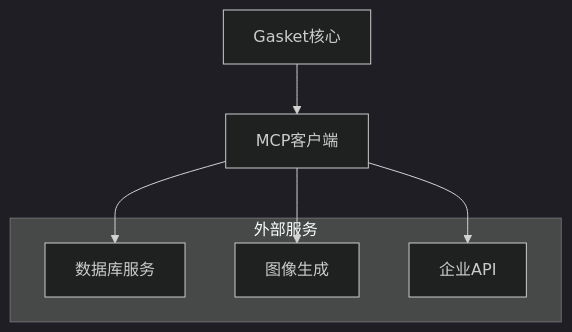
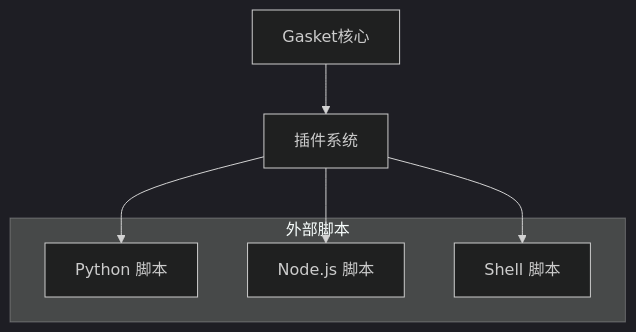
One commit to yeheng/nanobot-rs changed diagram 16 of 20 in docs/architecture.md. Above: the diagram before and after it, drawn with Mermaid (dark theme). The commit also changed other lines of this file and 20 other files, not shown here.

````diff
--- a/docs/architecture.md
+++ b/docs/architecture.md
@@ -483,16 +483,16 @@
 ```mermaid
 flowchart TB
     Gasket[Gasket核心]
-    MCP[MCP客户端]
+    Plugin[插件系统]
 
-    subgraph 外部服务
-        S1[数据库服务]
-        S2[图像生成]
-        S3[企业API]
+    subgraph 外部脚本
+        S1[Python 脚本]
+        S2[Node.js 脚本]
+        S3[Shell 脚本]
     end
 
-    Gasket --> MCP
-    MCP --> S1
-    MCP --> S2
-    MCP --> S3
+    Gasket --> Plugin
+    Plugin --> S1
+    Plugin --> S2
+    Plugin --> S3
 ```
````
